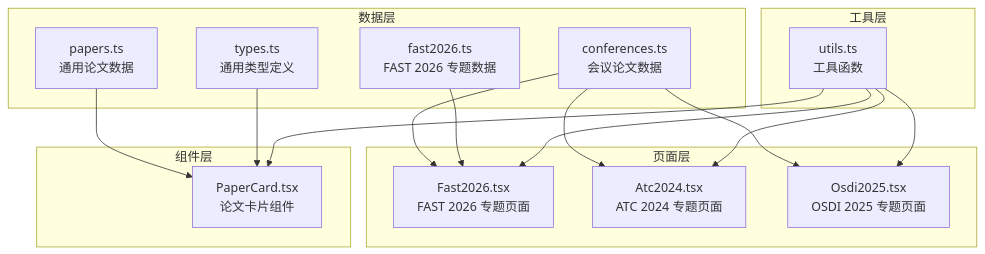
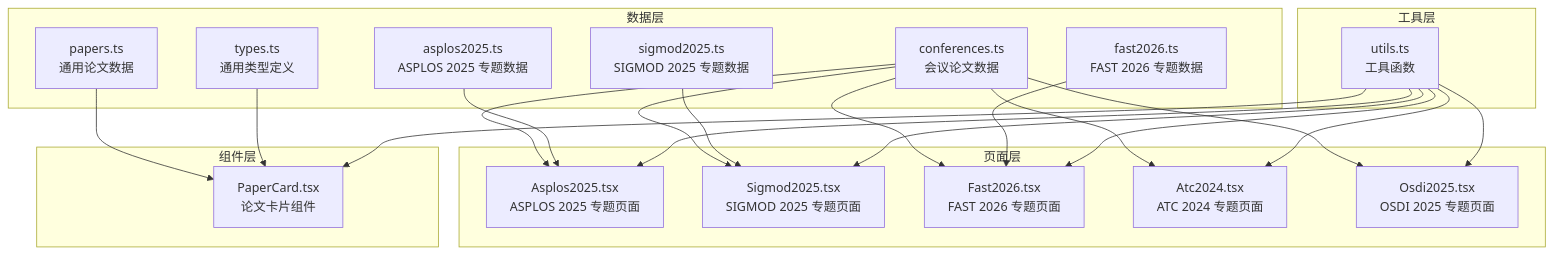
Before and after one commit to erikliu123/storage_ai_blog: the first of 7 diagrams in .qoder/repowiki/zh/content/数据模型/会议数据模型.md, drawn with Mermaid. The commit also changed other lines of this file and 84 other files, not shown here.

````diff
--- a/.qoder/repowiki/zh/content/数据模型/会议数据模型.md
+++ b/.qoder/repowiki/zh/content/数据模型/会议数据模型.md
@@ -52,30 +58,40 @@
 ```mermaid
 graph TB
 subgraph "数据层"
 A["conferences.ts<br/>会议论文数据"]
-B["fast2026.ts<br/>FAST 2026 专题数据"]
-C["papers.ts<br/>通用论文数据"]
-D["types.ts<br/>通用类型定义"]
+B["asplos2025.ts<br/>ASPLOS 2025 专题数据"]
+C["sigmod2025.ts<br/>SIGMOD 2025 专题数据"]
+D["fast2026.ts<br/>FAST 2026 专题数据"]
+E["papers.ts<br/>通用论文数据"]
+F["types.ts<br/>通用类型定义"]
 end
 subgraph "页面层"
-E["Fast2026.tsx<br/>FAST 2026 专题页面"]
-F["Atc2024.tsx<br/>ATC 2024 专题页面"]
-G["Osdi2025.tsx<br/>OSDI 2025 专题页面"]
+G["Asplos2025.tsx<br/>ASPLOS 2025 专题页面"]
+H["Sigmod2025.tsx<br/>SIGMOD 2025 专题页面"]
+I["Fast2026.tsx<br/>FAST 2026 专题页面"]
+J["Atc2024.tsx<br/>ATC 2024 专题页面"]
+K["Osdi2025.tsx<br/>OSDI 2025 专题页面"]
 end
 subgraph "组件层"
-H["PaperCard.tsx<br/>论文卡片组件"]
+L["PaperCard.tsx<br/>论文卡片组件"]
 end
 subgraph "工具层"
-I["utils.ts<br/>工具函数"]
+M["utils.ts<br/>工具函数"]
 end
-A --> E
-A --> F
 A --> G
-B --> E
+A --> H
+A --> I
+A --> J
+A --> K
+B --> G
 C --> H
-D --> H
-I --> E
-I --> F
-I --> G
-I --> H
+D --> I
+E --> L
+F --> L
+M --> G
+M --> H
+M --> I
+M --> J
+M --> K
+M --> L
 ```
````
